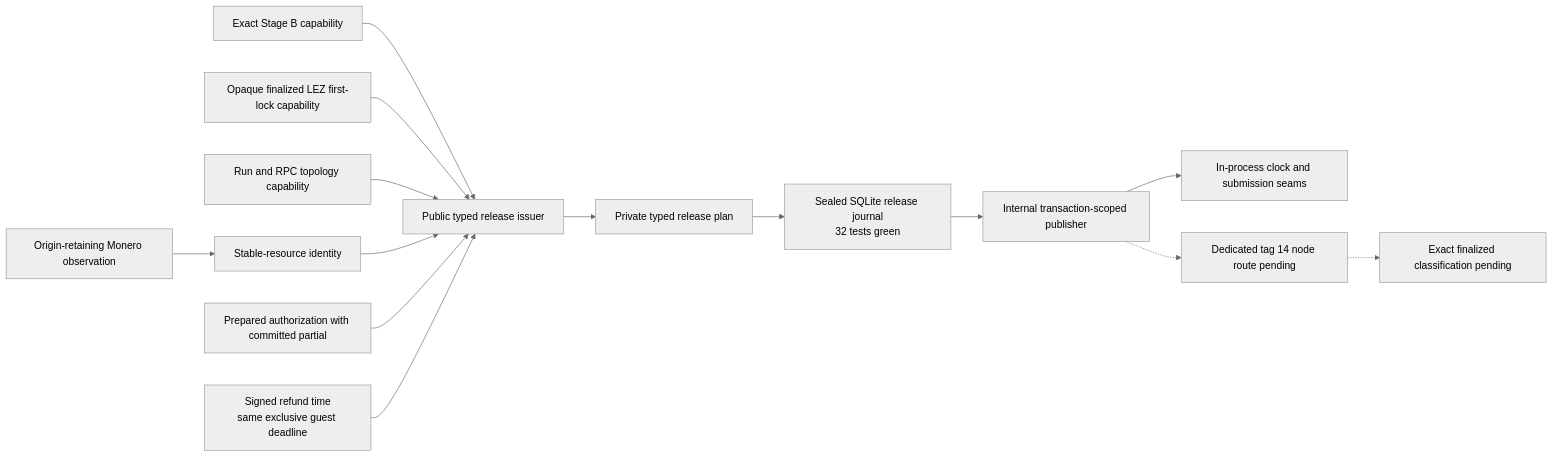
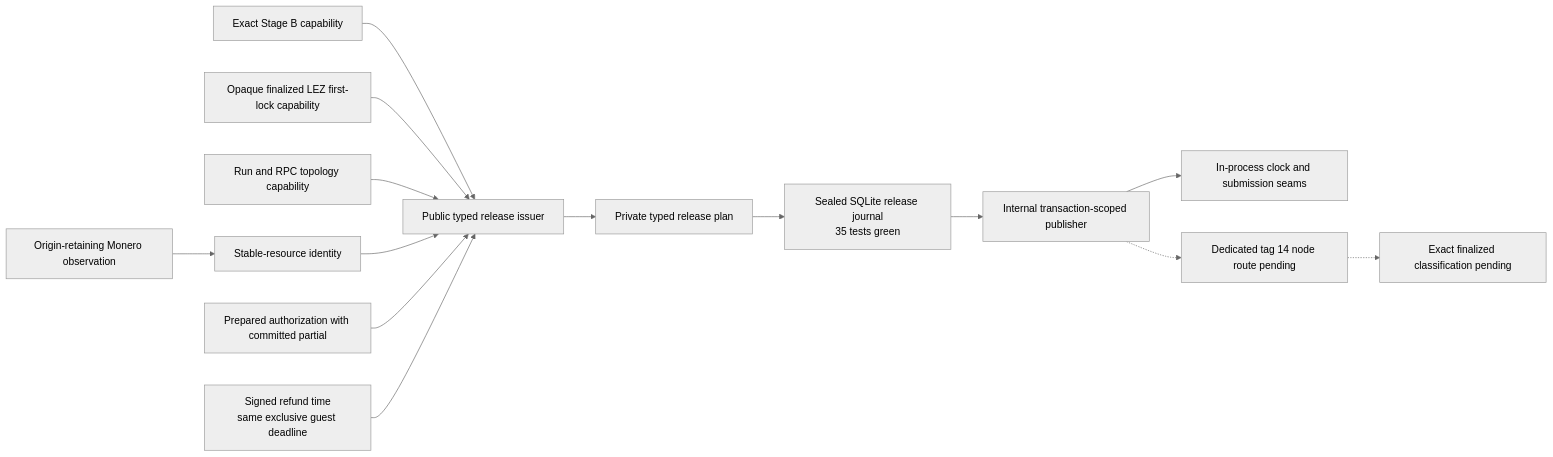
The first of 2 diagrams in docs/architecture/0060-seal-xmr-release-journal-until-typed-integration.md (gateway-fm/lez-atomic-swaps), drawn with Mermaid (neutral theme) before and after one commit. The commit also changed other lines of this file and 19 other files, not shown here.

````diff
--- a/docs/architecture/0060-seal-xmr-release-journal-until-typed-integration.md
+++ b/docs/architecture/0060-seal-xmr-release-journal-until-typed-integration.md
@@ -45,16 +45,16 @@
 ```mermaid
 flowchart LR
     StageB["Exact Stage B capability"] --> Issuer["Public typed release issuer"]
     LezLock["Opaque finalized LEZ first-lock capability"] --> Issuer
     Topology["Run and RPC topology capability"] --> Issuer
     Observation["Origin-retaining Monero observation"] --> Encoder["Stable-resource identity"]
     Encoder --> Issuer
     Hidden["Prepared authorization with committed partial"] --> Issuer
     Deadline["Signed refund time<br/>same exclusive guest deadline"] --> Issuer
     Issuer --> Plan["Private typed release plan"]
-    Plan --> Store["Sealed SQLite release journal<br/>32 tests green"]
+    Plan --> Store["Sealed SQLite release journal<br/>35 tests green"]
     Store --> Publisher["Internal transaction-scoped publisher"]
     Publisher --> TestTransport["In-process clock and submission seams"]
     Publisher -.-> Node["Dedicated tag 14 node route pending"]
     Node -.-> Chain["Exact finalized classification pending"]
 ```
````
